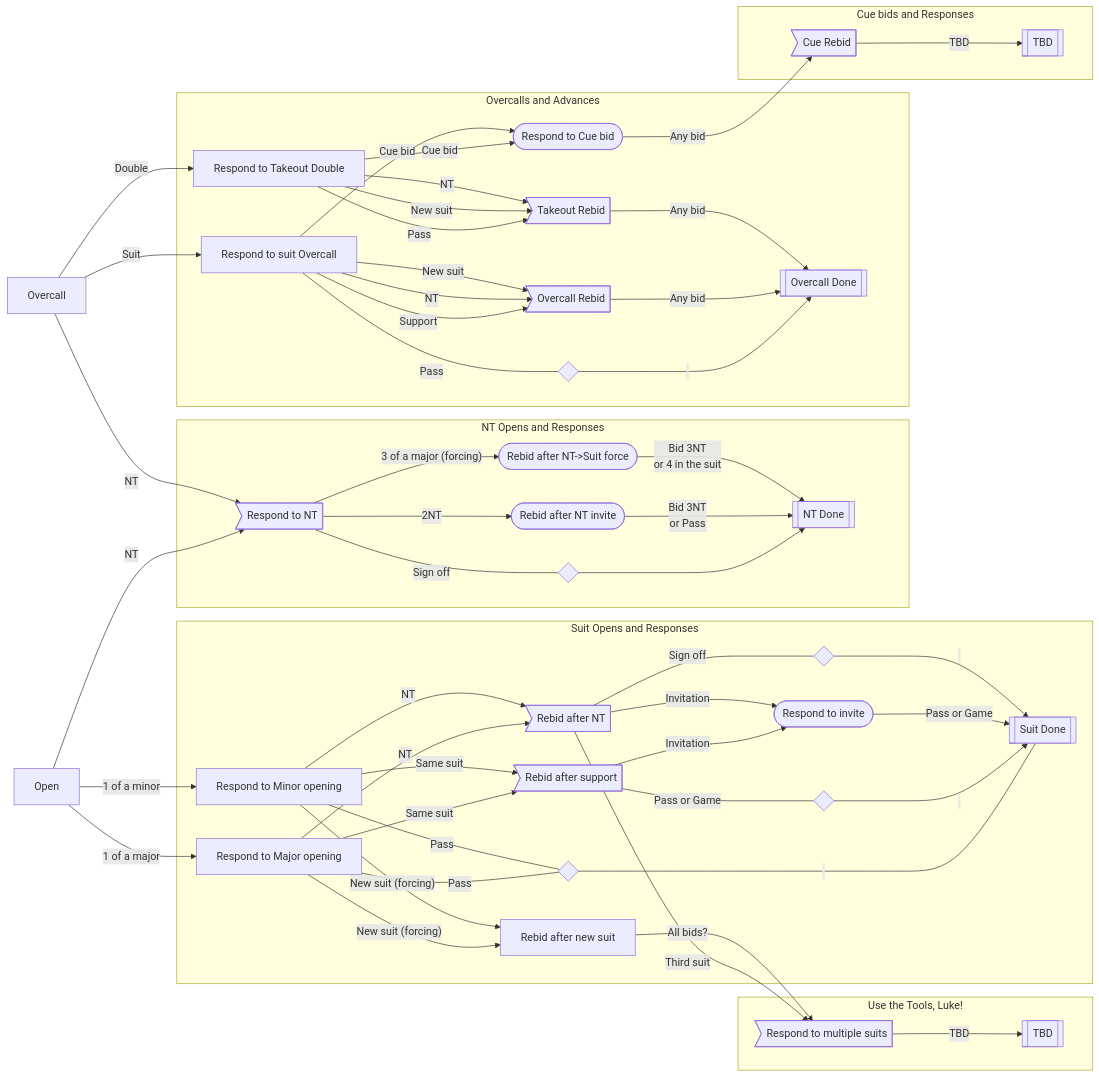
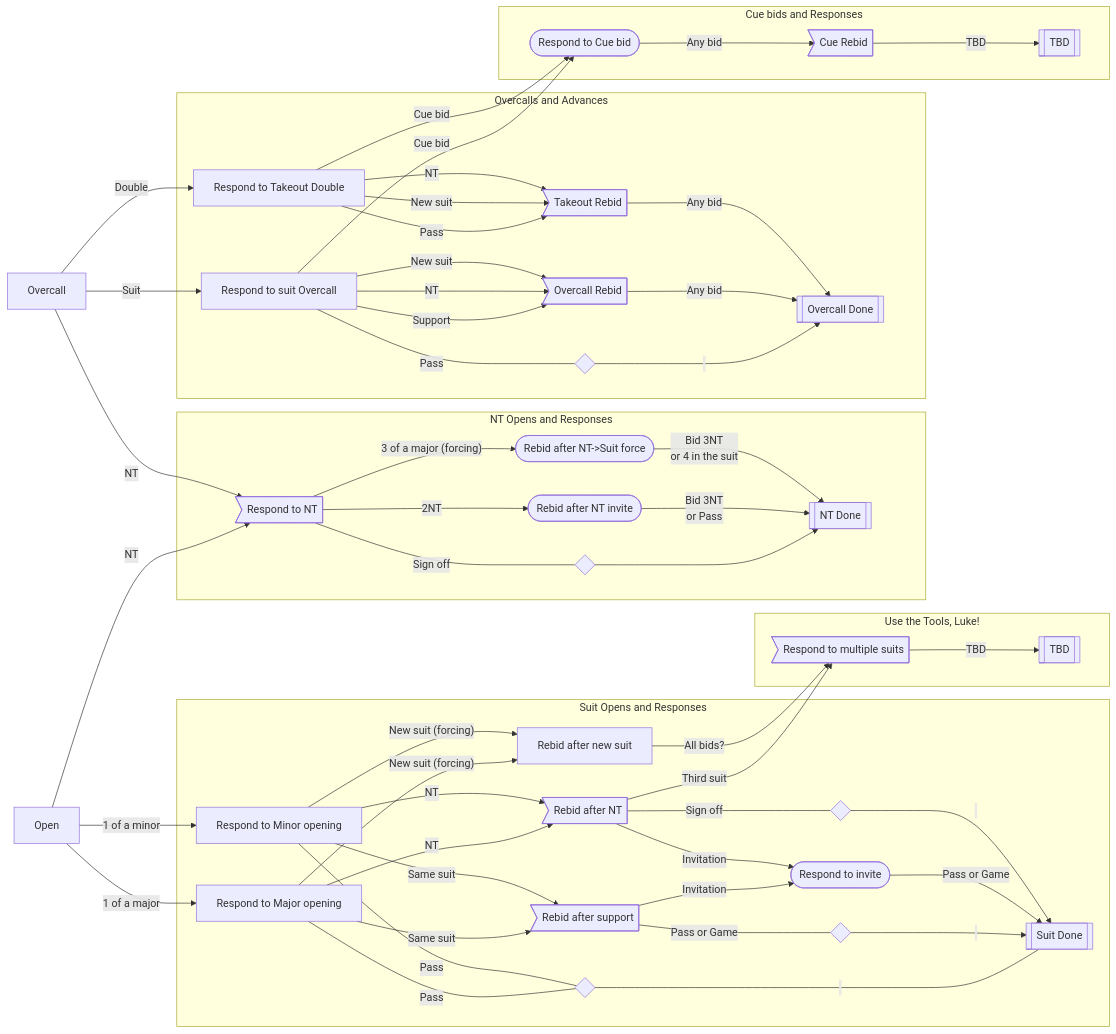
One commit to truist/bridge_bidding changed the diagram in bidding.mmd. Above: the diagram before and after it, drawn with Mermaid. The commit also changed 1 other file, not shown here.

Commit message:
Oops, noticed a bug with the Cue bid layout

```diff
--- a/bidding.mmd
+++ b/bidding.mmd
@@ -1,69 +1,70 @@
 flowchart LR
   Open[Open]
     Open -->|NT| NTRespond>Respond to NT]
     Open -->|1 of a major| MajorRespond[Respond to Major opening]
     Open -->|1 of a minor| MinorRespond[Respond to Minor opening]
 
   subgraph NTOpensGraph [NT Opens and Responses]
       NTRespond ---|"Sign off"| Spacer1{" "}
         Spacer1 --> NTDone[[NT Done]]
       NTRespond -->|"2NT"| NTInvitational([Rebid after NT invite])
         NTInvitational -->|Bid 3NT\nor Pass| NTDone
       NTRespond -->|"3 of a major (forcing)"| NTForcing([Rebid after NT->Suit force])
         NTForcing -->|Bid 3NT\nor 4 in the suit| NTDone
   end
 
   subgraph SuitOpensGraph [Suit Opens and Responses]
       MajorRespond ---|Pass| Spacer4{" "}
         Spacer4 ---|"&nbsp;"| Done[[Suit Done]]
 
       MajorRespond -->|Same suit| SuitSupported>Rebid after support]
         SuitSupported ---|Pass or Game| Spacer2{" "}
           Spacer2 -->|"&nbsp;"| Done
         SuitSupported -->|"Invitation"| Invitational([Respond to invite])
           Invitational -->|Pass or Game| Done
 
       MajorRespond -->|"New suit (forcing)"| NewSuit[Rebid after new suit]
 
       MajorRespond -->|NT| NTResponse>Rebid after NT]
         NTResponse ---|"Sign off"| Spacer3{" "}
           Spacer3 -->|"&nbsp;"| Done
         NTResponse -->|"Invitation"| Invitational
 
       MinorRespond ---|Pass| Spacer4
       MinorRespond -->|Same suit| SuitSupported
       MinorRespond -->|"New suit (forcing)"| NewSuit
       MinorRespond -->|NT| NTResponse
   end
 
   subgraph ToolsGraph [Use the Tools, Luke!]
         NTResponse -->|Third suit| ResponderMultiple
         NewSuit -->|All bids?| ResponderMultiple>Respond to multiple suits]
           ResponderMultiple -->|TBD| ToolsTBD[[TBD]]
   end
 
   Overcall[Overcall]
     Overcall -->|Suit| OvercallAdvance[Respond to suit Overcall]
     Overcall -->|Double| TakeoutAdvance[Respond to Takeout Double]
     Overcall -->|NT| NTRespond
 
   subgraph OvercallsGraph [Overcalls and Advances]
       OvercallAdvance ---|Pass| SpacerOvercallPass{" "}
         SpacerOvercallPass -->|"&nbsp;"| OvercallDone[[Overcall Done]]
       OvercallAdvance -->|Support| OvercallRebid>Overcall Rebid]
         OvercallRebid -->|Any bid| OvercallDone
       OvercallAdvance -->|NT| OvercallRebid
       OvercallAdvance -->|New suit| OvercallRebid
 
       TakeoutAdvance -->|Pass| TakeoutRebid>Takeout Rebid]
         TakeoutRebid -->|Any bid| OvercallDone
       TakeoutAdvance -->|New suit| TakeoutRebid
       TakeoutAdvance -->|NT| TakeoutRebid
-      TakeoutAdvance -->|Cue bid| Cue
   end
 
   subgraph CueGraph [Cue bids and Responses]
       OvercallAdvance -->|Cue bid| Cue([Respond to Cue bid])
         Cue -->|Any bid| CueRebid>Cue Rebid]
           CueRebid -->|TBD| CueTBD[[TBD]]
+
+      TakeoutAdvance -->|Cue bid| Cue
   end
```
